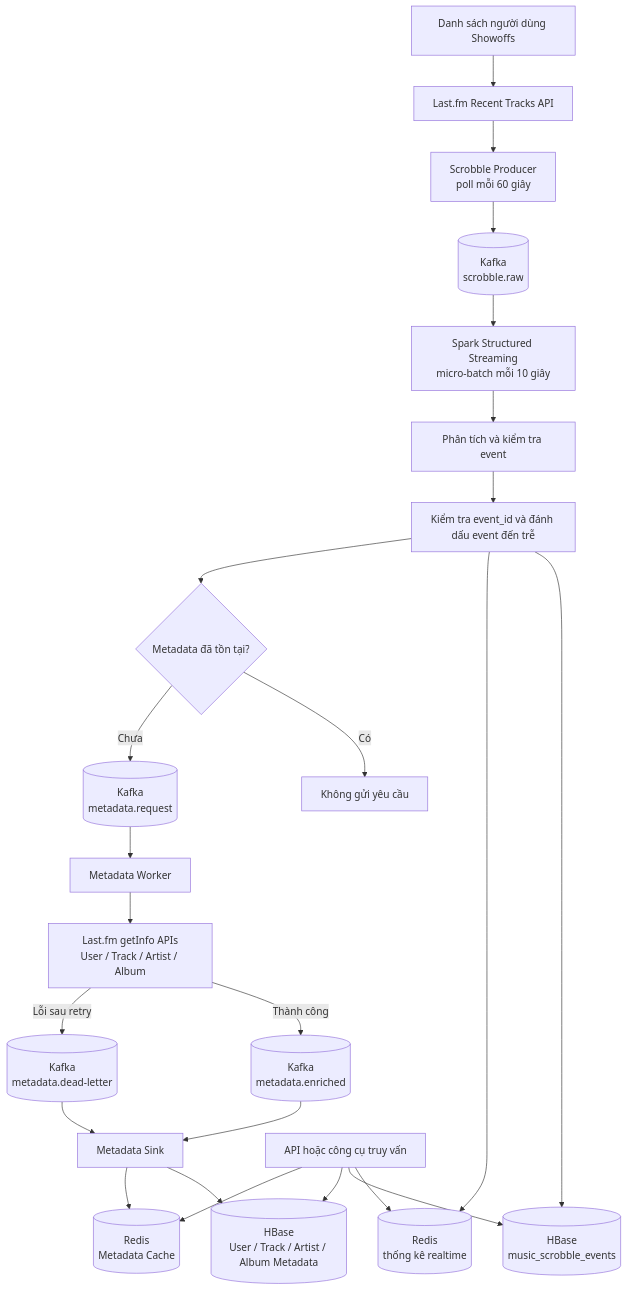
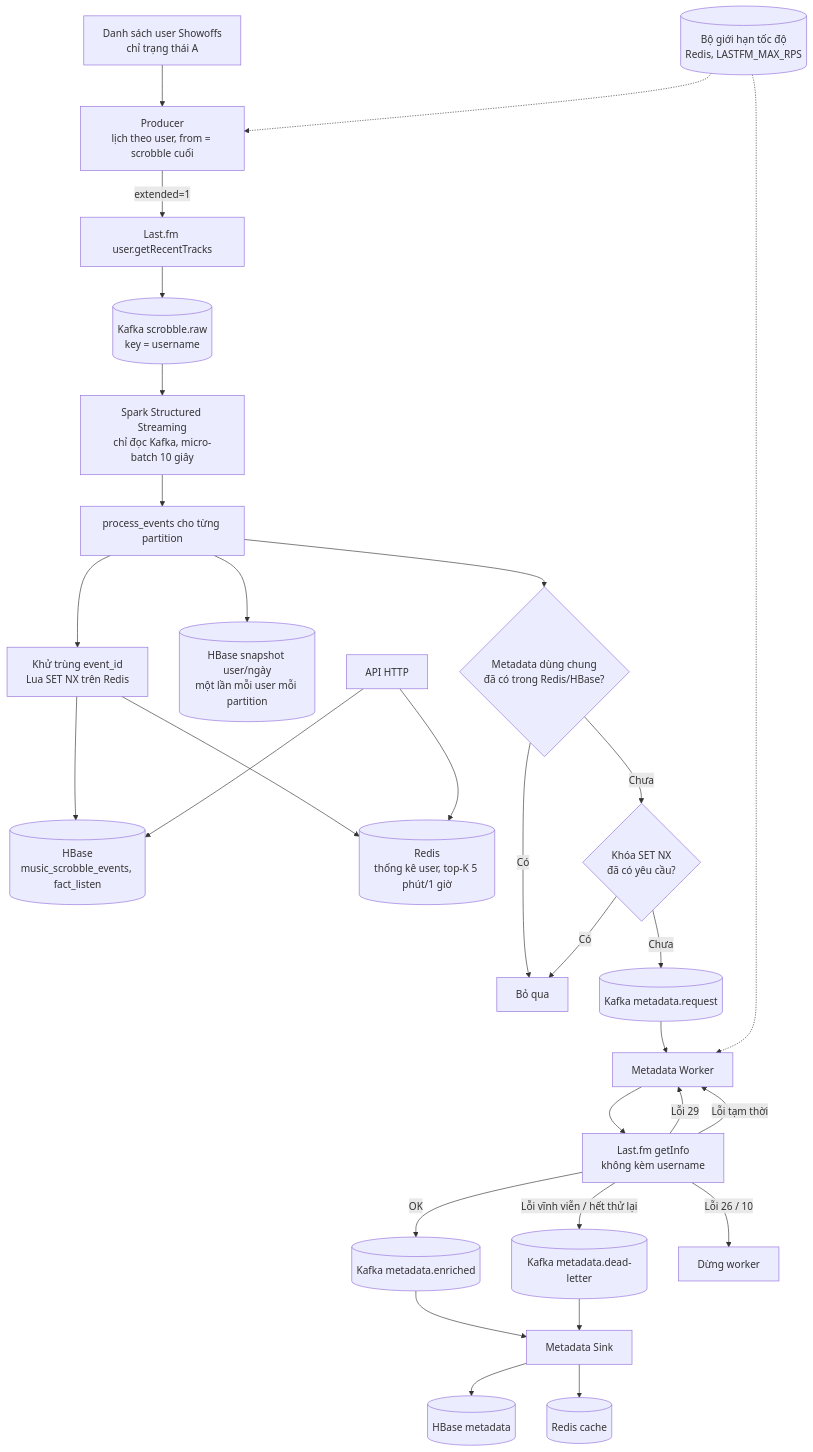
One commit to taihb2005/bigdata-music-analytics changed the diagram in docs/stream-flow.md. Above: the diagram before and after it, drawn with Mermaid. The commit also changed other lines of this file and 37 other files, not shown here.

Commit message:
feat(stream): sửa lỗi speed layer, thêm API, replay và test

````diff
--- a/docs/stream-flow.md
+++ b/docs/stream-flow.md
@@ -10,32 +3,35 @@
 ```mermaid
 flowchart TD
-    A[Danh sách người dùng Showoffs] --> B[Last.fm Recent Tracks API]
-    B --> C[Scrobble Producer<br/>poll mỗi 60 giây]
-    C --> D[(Kafka<br/>scrobble.raw)]
+    A[Danh sách user Showoffs<br/>chỉ trạng thái A] --> B[Producer<br/>lịch theo user, from = scrobble cuối]
+    L[(Bộ giới hạn tốc độ<br/>Redis, LASTFM_MAX_RPS)] -.-> B
+    B -->|extended=1| C[Last.fm user.getRecentTracks]
+    C --> D[(Kafka scrobble.raw<br/>key = username)]
 
-    D --> E[Spark Structured Streaming<br/>micro-batch mỗi 10 giây]
-    E --> F[Phân tích và kiểm tra event]
-    F --> G[Kiểm tra event_id và đánh dấu event đến trễ]
+    D --> E[Spark Structured Streaming<br/>chỉ đọc Kafka, micro-batch 10 giây]
+    E --> F[process_events cho từng partition]
+    F --> G[Khử trùng event_id<br/>Lua SET NX trên Redis]
+    G --> H[(HBase<br/>music_scrobble_events, fact_listen)]
+    G --> I[(Redis<br/>thống kê user, top-K 5 phút/1 giờ)]
+    F --> S[(HBase snapshot user/ngày<br/>một lần mỗi user mỗi partition)]
+    F --> J{Metadata dùng chung<br/>đã có trong Redis/HBase?}
 
-    G --> H[(HBase<br/>music_scrobble_events)]
-    G --> I[(Redis<br/>thống kê realtime)]
-    G --> J{Metadata đã tồn tại?}
-
-    J -- Có --> K[Không gửi yêu cầu]
-    J -- Chưa --> L[(Kafka<br/>metadata.request)]
-    L --> M[Metadata Worker]
-    M --> N[Last.fm getInfo APIs<br/>User / Track / Artist / Album]
-
-    N -- Thành công --> O[(Kafka<br/>metadata.enriched)]
-    N -- Lỗi sau retry --> P[(Kafka<br/>metadata.dead-letter)]
-
+    J -- Có --> K[Bỏ qua]
+    J -- Chưa --> X{Khóa SET NX<br/>đã có yêu cầu?}
+    X -- Có --> K
+    X -- Chưa --> M1[(Kafka metadata.request)]
+    M1 --> W[Metadata Worker]
+    L -.-> W
+    W --> N[Last.fm getInfo<br/>không kèm username]
+    N -- OK --> O[(Kafka metadata.enriched)]
+    N -- Lỗi 29 --> W
+    N -- Lỗi tạm thời --> W
+    N -- Lỗi vĩnh viễn / hết thử lại --> P[(Kafka metadata.dead-letter)]
+    N -- Lỗi 26 / 10 --> Z[Dừng worker]
     O --> Q[Metadata Sink]
     P --> Q
-    Q --> R[(HBase<br/>User / Track / Artist / Album Metadata)]
-    Q --> S[(Redis<br/>Metadata Cache)]
+    Q --> R[(HBase metadata)]
+    Q --> T[(Redis cache)]
 
-    T[API hoặc công cụ truy vấn] --> I
-    T --> H
-    T --> R
-    T --> S
+    API[API HTTP] --> I
+    API --> H
 ```
````
